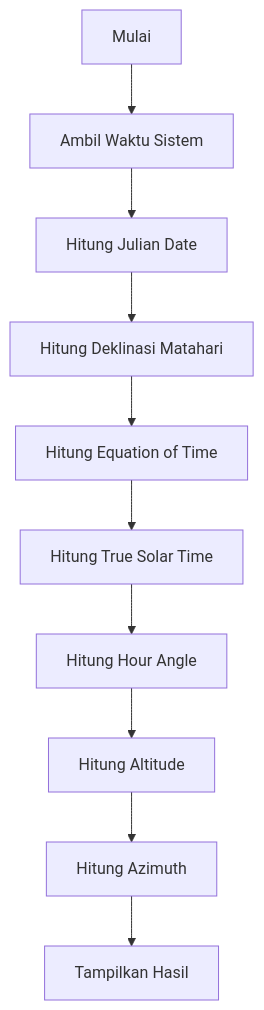
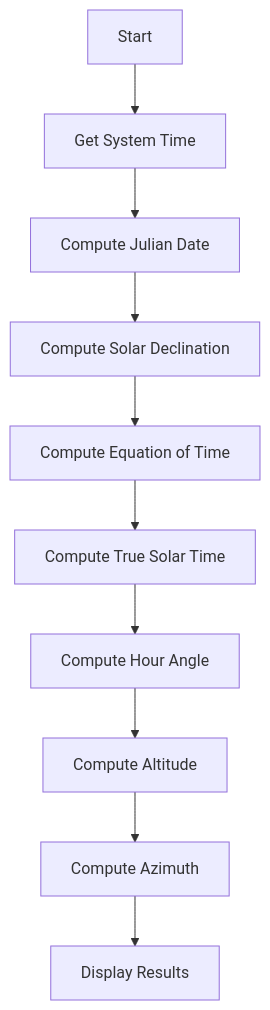
The diagram in README.md (AikoAii/HelioCelestia), drawn with Mermaid before and after one commit. The commit also changed other lines of this file and 1 other file, not shown here.

Commit message:
feat: finalize HelioCelestia CLI tool with solar position calculation, JSON output, and documentation

````diff
--- a/README.md
+++ b/README.md
@@ -250,12 +249,12 @@
 ```mermaid
 flowchart TD
-    A[Mulai] --> B[Ambil Waktu Sistem]
-    B --> C[Hitung Julian Date]
-    C --> D[Hitung Deklinasi Matahari]
-    D --> E[Hitung Equation of Time]
-    E --> F[Hitung True Solar Time]
-    F --> G[Hitung Hour Angle]
-    G --> H[Hitung Altitude]
-    H --> I[Hitung Azimuth]
-    I --> J[Tampilkan Hasil]
+    A[Start] --> B[Get System Time]
+    B --> C[Compute Julian Date]
+    C --> D[Compute Solar Declination]
+    D --> E[Compute Equation of Time]
+    E --> F[Compute True Solar Time]
+    F --> G[Compute Hour Angle]
+    G --> H[Compute Altitude]
+    H --> I[Compute Azimuth]
+    I --> J[Display Results]
 ```
````
